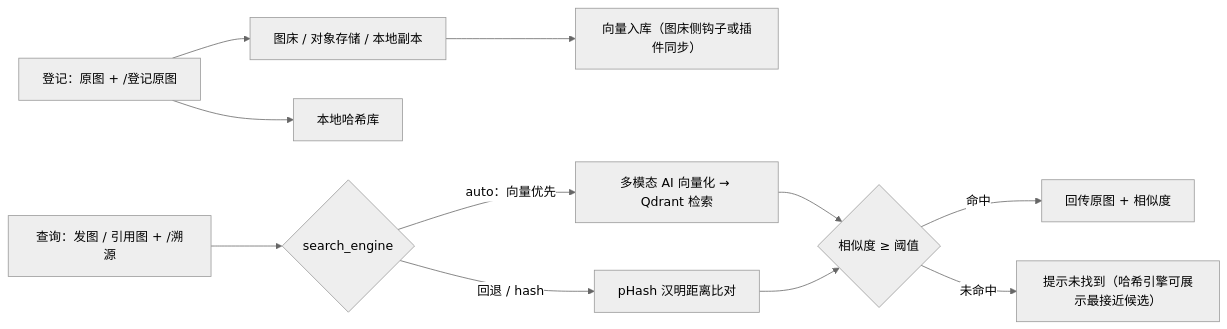
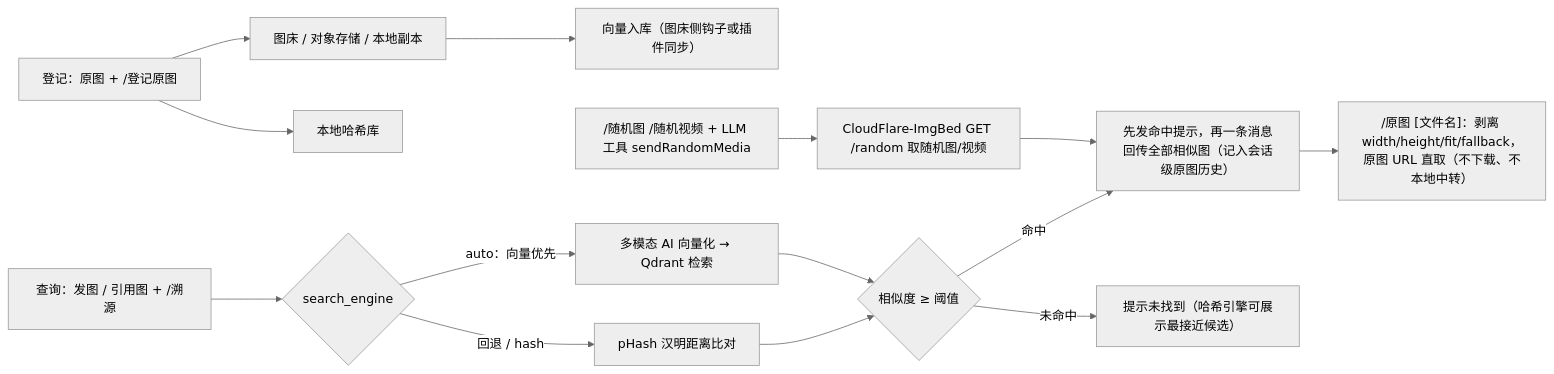
Before and after one commit to diyushuang/astrbot_plugin_image_trace: the diagram in README.md, drawn with Mermaid (neutral theme). The commit also changed other lines of this file and 7 other files, not shown here.

First line of the commit message:
v1.5.0~1.5.1：整合随机图插件与 /原图，向量命中改先提示后一条合并回传

````diff
--- a/README.md
+++ b/README.md
@@ -17,13 +17,16 @@
 ```mermaid
 flowchart LR
     A["登记：原图 + /登记原图"] --> B["图床 / 对象存储 / 本地副本"]
     B --> C["向量入库（图床侧钩子或插件同步）"]
     A --> D["本地哈希库"]
+    M["/随机图 /随机视频 + LLM 工具 sendRandomMedia"] --> N["CloudFlare-ImgBed GET /random 取随机图/视频"]
     E["查询：发图 / 引用图 + /溯源"] --> F{search_engine}
     F -- "auto：向量优先" --> G["多模态 AI 向量化 → Qdrant 检索"]
     F -- "回退 / hash" --> H["pHash 汉明距离比对"]
     G --> I{"相似度 ≥ 阈值"}
     H --> I
-    I -- 命中 --> J["回传原图 + 相似度"]
+    I -- 命中 --> J["先发命中提示，再一条消息回传全部相似图（记入会话级原图历史）"]
     I -- 未命中 --> K["提示未找到（哈希引擎可展示最接近候选）"]
+    N --> J
+    J --> L["/原图 [文件名]：剥离 width/height/fit/fallback，原图 URL 直取（不下载、不本地中转）"]
 ```
````
